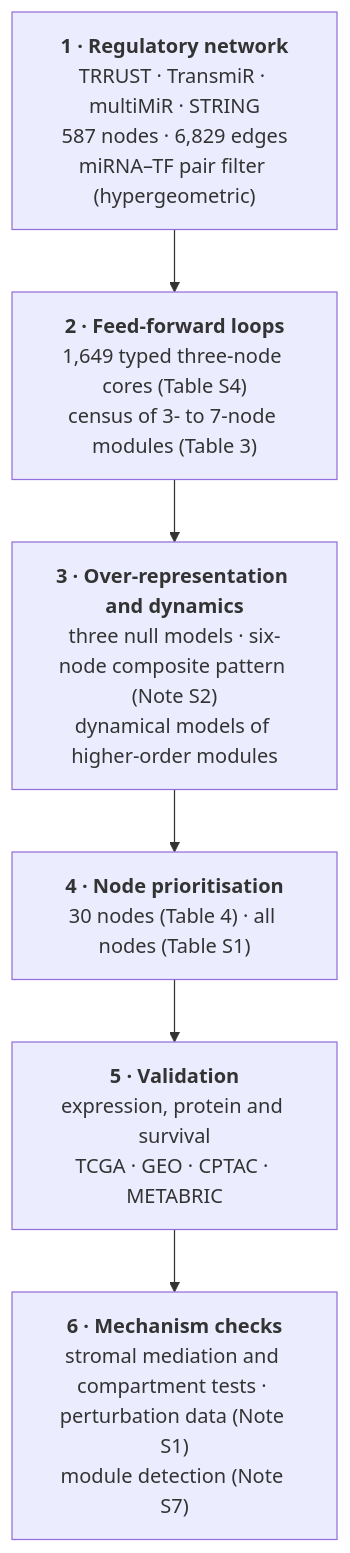
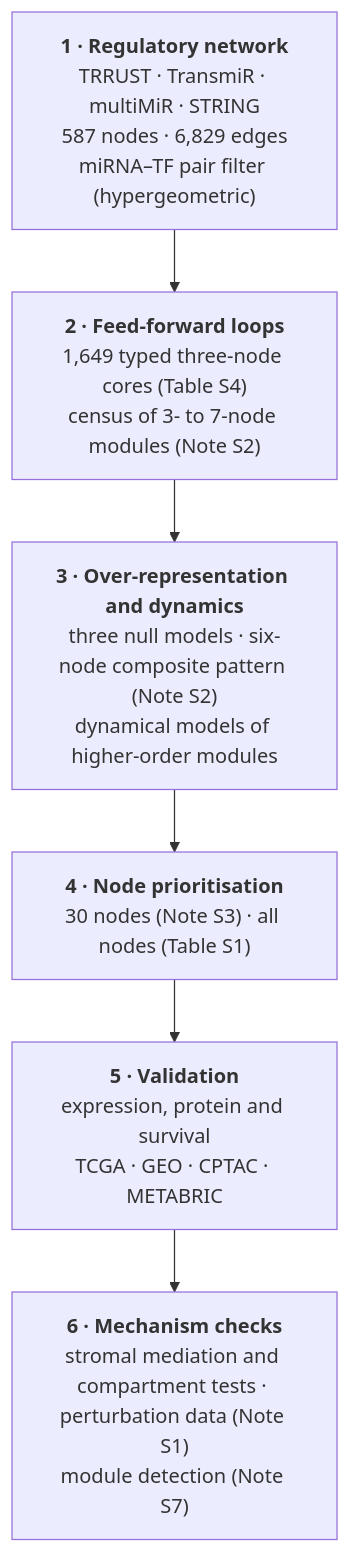
One commit to siddugayam/six-node-ffl-breast-cancer changed the diagram in README.md. Above: the diagram before and after it, drawn with Mermaid. The commit also changed other lines of this file and 639 other files, not shown here.

First line of the commit message:
Add the analysis of the twelve networks of Bhat et al. (2024) and the figure scripts of the manuscript

````diff
--- a/README.md
+++ b/README.md
@@ -67,10 +67,10 @@
 ```mermaid
 flowchart TD
     A["<b>1 · Regulatory network</b><br/>TRRUST · TransmiR · multiMiR · STRING<br/>587 nodes · 6,829 edges<br/>miRNA–TF pair filter (hypergeometric)"]
-    B["<b>2 · Feed-forward loops</b><br/>1,649 typed three-node cores (Table S4)<br/>census of 3- to 7-node modules (Table 3)"]
+    B["<b>2 · Feed-forward loops</b><br/>1,649 typed three-node cores (Table S4)<br/>census of 3- to 7-node modules (Note S2)"]
     C["<b>3 · Over-representation and dynamics</b><br/>three null models · six-node composite pattern (Note S2)<br/>dynamical models of higher-order modules"]
-    D["<b>4 · Node prioritisation</b><br/>30 nodes (Table 4) · all nodes (Table S1)"]
+    D["<b>4 · Node prioritisation</b><br/>30 nodes (Note S3) · all nodes (Table S1)"]
     E["<b>5 · Validation</b><br/>expression, protein and survival<br/>TCGA · GEO · CPTAC · METABRIC"]
     F["<b>6 · Mechanism checks</b><br/>stromal mediation and compartment tests · perturbation data (Note S1)<br/>module detection (Note S7)"]
     A --> B --> C --> D --> E --> F
 ```
````
